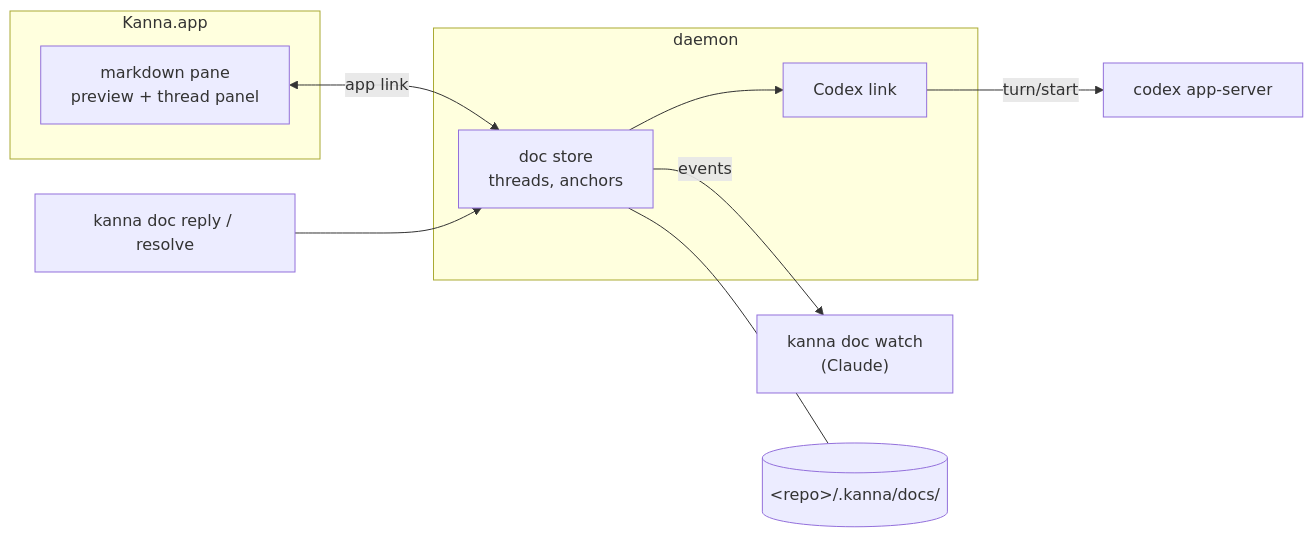
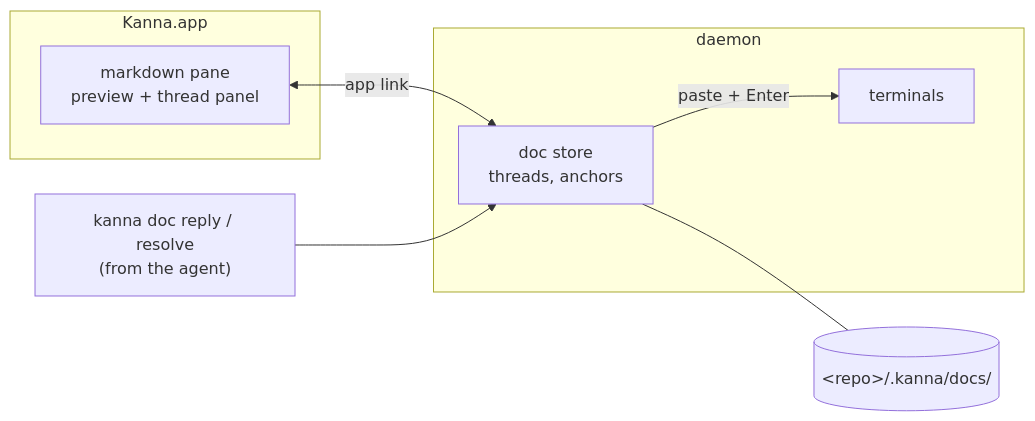
The third of 3 diagrams in docs/specs/doc-markup.md (jemdiggity/kanna-v4), drawn with Mermaid before and after one commit. The commit also changed other lines of this file and 2 other files, not shown here.

Commit message:
Doc markup: comments are typed into the agent's pane when posted, the same for every agent

````diff
--- a/docs/specs/doc-markup.md
+++ b/docs/specs/doc-markup.md
@@ -105,18 +91,15 @@
 ```mermaid
 flowchart LR
     subgraph app["Kanna.app"]
         V["markdown pane<br/>preview + thread panel"]
     end
     subgraph daemon["daemon"]
         S["doc store<br/>threads, anchors"]
-        C["Codex link"]
+        T["terminals"]
     end
-    W["kanna doc watch<br/>(Claude)"]
-    AS["codex app-server"]
-    CLI["kanna doc reply / resolve"]
+    CLI["kanna doc reply / resolve<br/>(from the agent)"]
     V <-->|app link| S
-    S -->|events| W
-    S --> C -->|turn/start| AS
+    S -->|"paste + Enter"| T
     CLI --> S
     S --- F[("&lt;repo&gt;/.kanna/docs/")]
 ```
````
